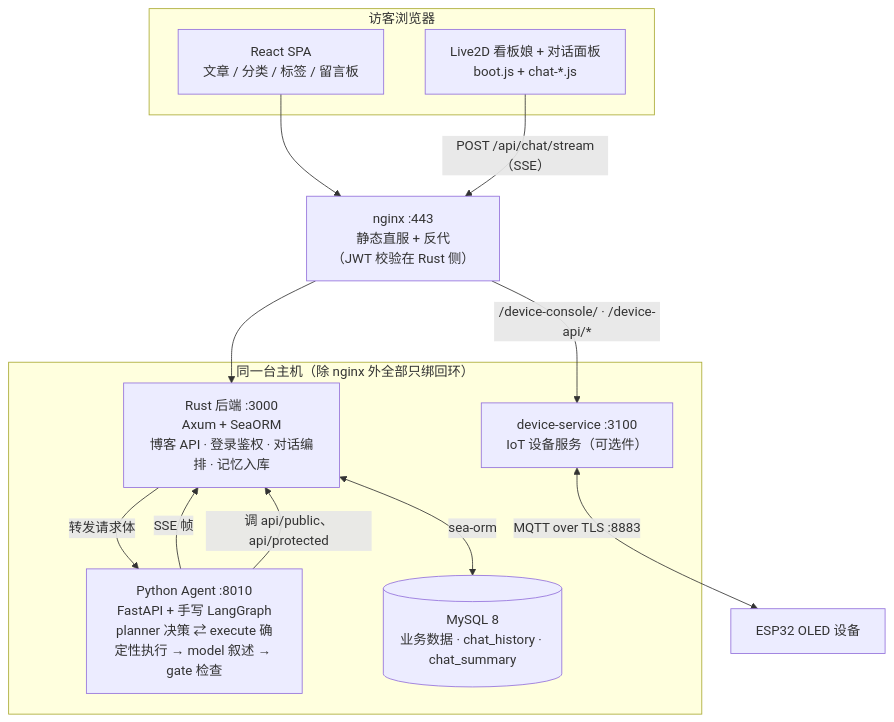
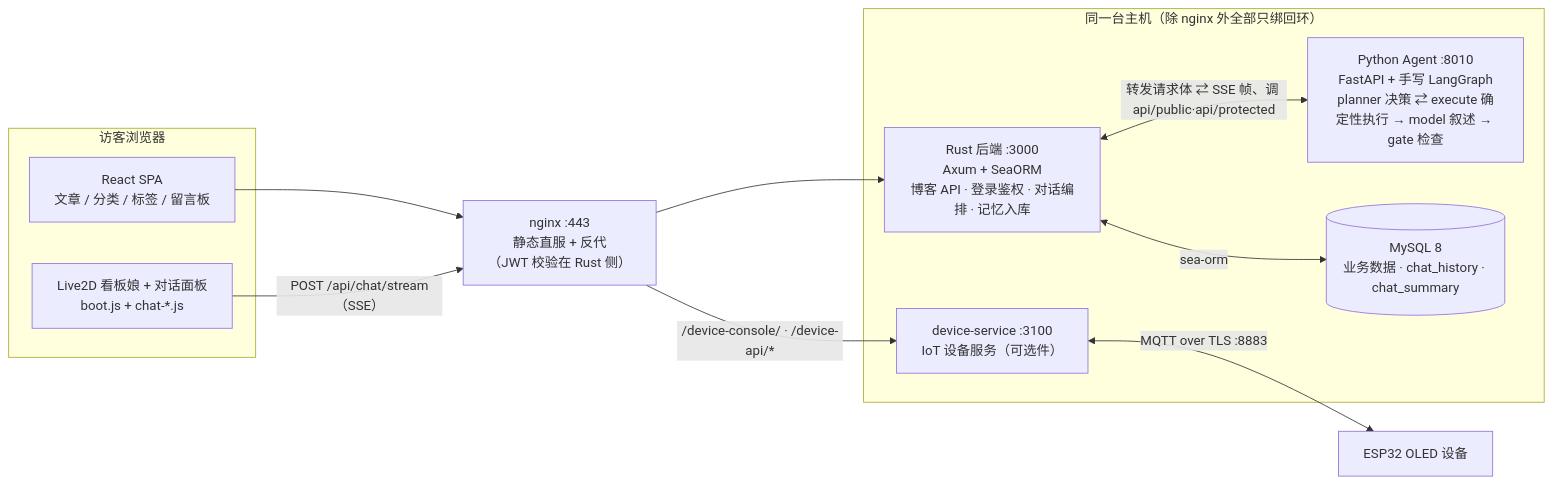
Before and after one commit to BigLeopardCat/Saudade-Blog: the first of 3 diagrams in README.md, drawn with Mermaid.

Commit message:
docs: 架构图改左右排版，往返边并为双向箭头
- README《架构一览》原为 `flowchart TB`，其中 `RUST → AGT`（转发请求体）与
  `AGT → RUST`（SSE 帧、调 api/*）是两条反向边；竖排时 dagre 只能让其中一条折返，
  实测最绕的那条路径 151px / 两端直线 84px。
- 改 `flowchart LR`，并把这对往返并成一条 `<-->`（与 agent 仓 README 同一写法）。
- 判据是当场渲染量出来的（把每条 `flowchart-link` 的路径长除以两端直线距离）：
  改前 ratio 1.149 / 最绕 1.809，改后 1.005 / 1.011，每条边基本成直线。
  代价是图变宽：1101×610 → 2024×416。

````diff
--- a/README.md
+++ b/README.md
@@ -83,28 +83,26 @@
 ```mermaid
-flowchart TB
+flowchart LR
     subgraph Browser["访客浏览器"]
         SPA["React SPA<br/>文章 / 分类 / 标签 / 留言板"]
         WAIFU["Live2D 看板娘 + 对话面板<br/>boot.js + chat-*.js"]
     end
 
     NGX["nginx :443<br/>静态直服 + 反代<br/>（JWT 校验在 Rust 侧）"]
 
     subgraph Host["同一台主机（除 nginx 外全部只绑回环）"]
         RUST["Rust 后端 :3000<br/>Axum + SeaORM<br/>博客 API · 登录鉴权 · 对话编排 · 记忆入库"]
         AGT["Python Agent :8010<br/>FastAPI + 手写 LangGraph<br/>planner 决策 ⇄ execute 确定性执行 → model 叙述 → gate 检查"]
         DEV["device-service :3100<br/>IoT 设备服务（可选件）"]
         DB[("MySQL 8<br/>业务数据 · chat_history · chat_summary")]
     end
 
     ESP["ESP32 OLED 设备"]
 
     SPA --> NGX
     WAIFU -->|"POST /api/chat/stream（SSE）"| NGX
     NGX --> RUST
     NGX -->|"/device-console/ · /device-api/*"| DEV
     RUST <-->|"sea-orm"| DB
-    RUST -->|"转发请求体"| AGT
-    AGT -->|"SSE 帧"| RUST
-    AGT -->|"调 api/public、api/protected"| RUST
+    RUST <-->|"转发请求体 ⇄ SSE 帧、调 api/public·api/protected"| AGT
     DEV <-->|"MQTT over TLS :8883"| ESP
 ```
````
